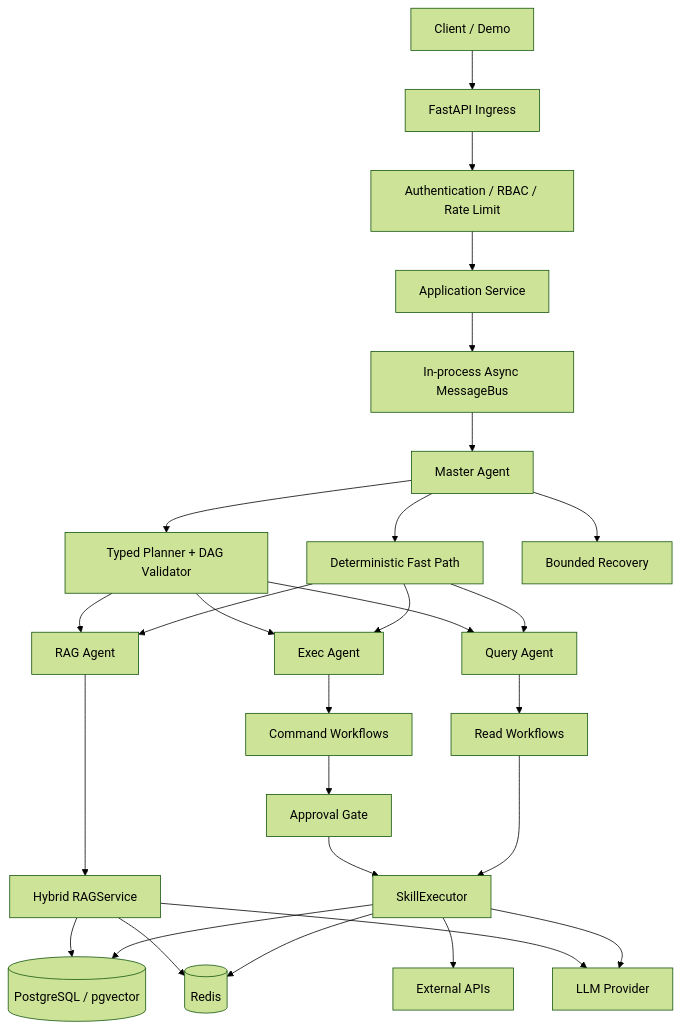
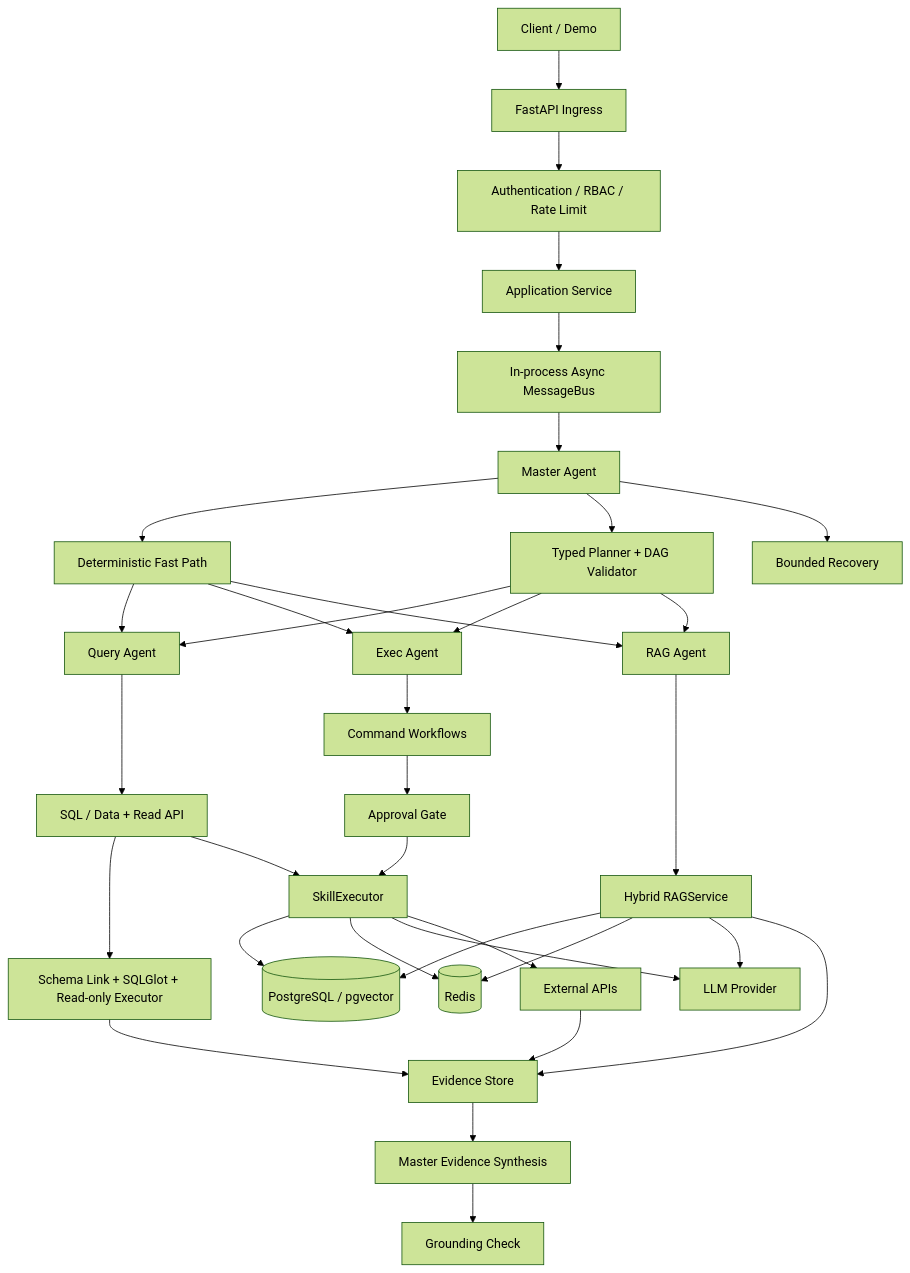
The diagram in README.md (wz13814990585-sudo/EcomPilot), drawn with Mermaid (forest theme) before and after one commit. The commit also changed other lines of this file and 67 other files, not shown here.

Commit message:
Add enterprise data agent SQL and evidence workflows

````diff
--- a/README.md
+++ b/README.md
@@ -46,35 +55,41 @@
 ```mermaid
 flowchart TD
     Client[Client / Demo] --> API[FastAPI Ingress]
     API --> Guard[Authentication / RBAC / Rate Limit]
     Guard --> App[Application Service]
     App --> Bus[In-process Async MessageBus]
     Bus --> Master[Master Agent]
 
     Master --> Fast[Deterministic Fast Path]
     Master --> Plan[Typed Planner + DAG Validator]
     Master --> Recover[Bounded Recovery]
 
     Fast --> Query[Query Agent]
     Fast --> Exec[Exec Agent]
     Fast --> RAG[RAG Agent]
     Plan --> Query
     Plan --> Exec
     Plan --> RAG
 
-    Query --> QW[Read Workflows]
+    Query --> QW[SQL / Data + Read API]
     Exec --> EW[Command Workflows]
     RAG --> RS[Hybrid RAGService]
 
+    QW --> SQL[Schema Link + SQLGlot + Read-only Executor]
     QW --> Skills[SkillExecutor]
     EW --> Approval[Approval Gate]
     Approval --> Skills
 
     Skills --> PG[(PostgreSQL / pgvector)]
     Skills --> Redis[(Redis)]
     Skills --> LLM[LLM Provider]
     Skills --> External[External APIs]
     RS --> PG
     RS --> Redis
     RS --> LLM
+    SQL --> Evidence[Evidence Store]
+    RS --> Evidence
+    External --> Evidence
+    Evidence --> Synthesis[Master Evidence Synthesis]
+    Synthesis --> Grounding[Grounding Check]
 ```
````
